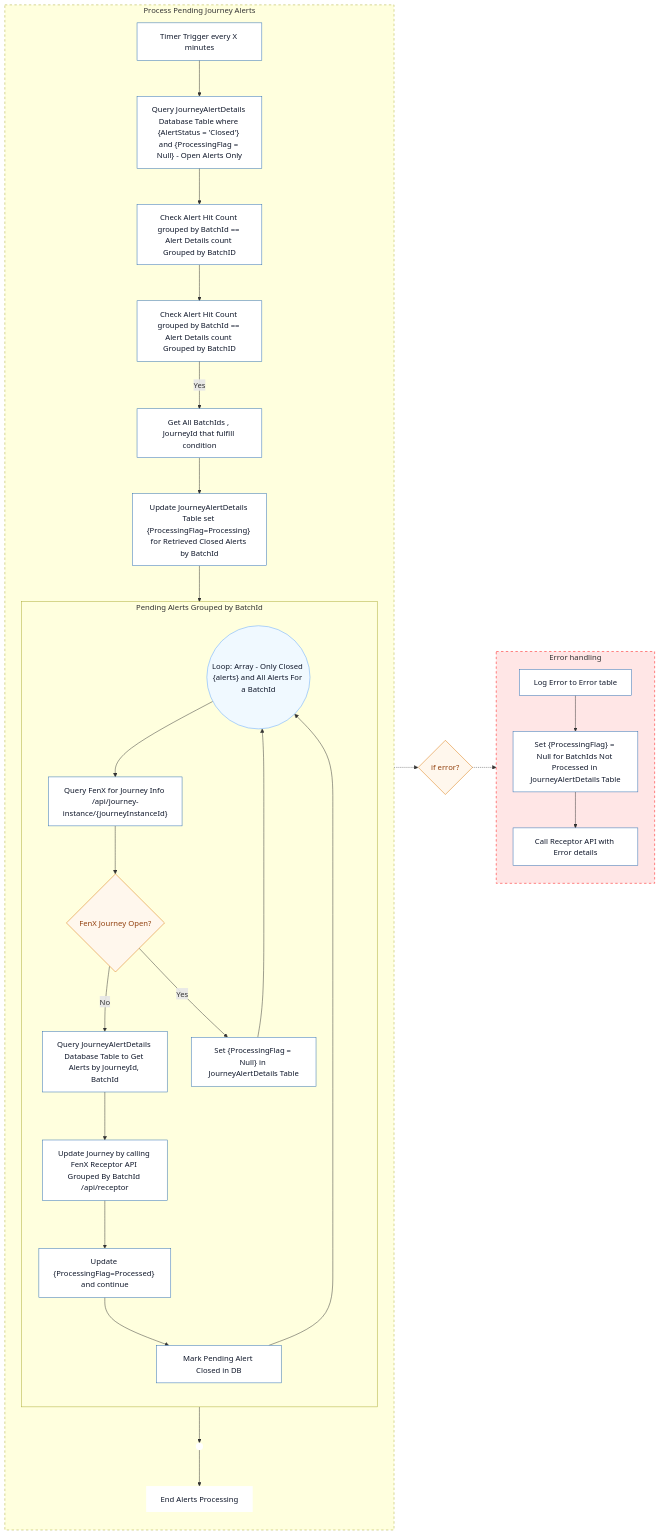
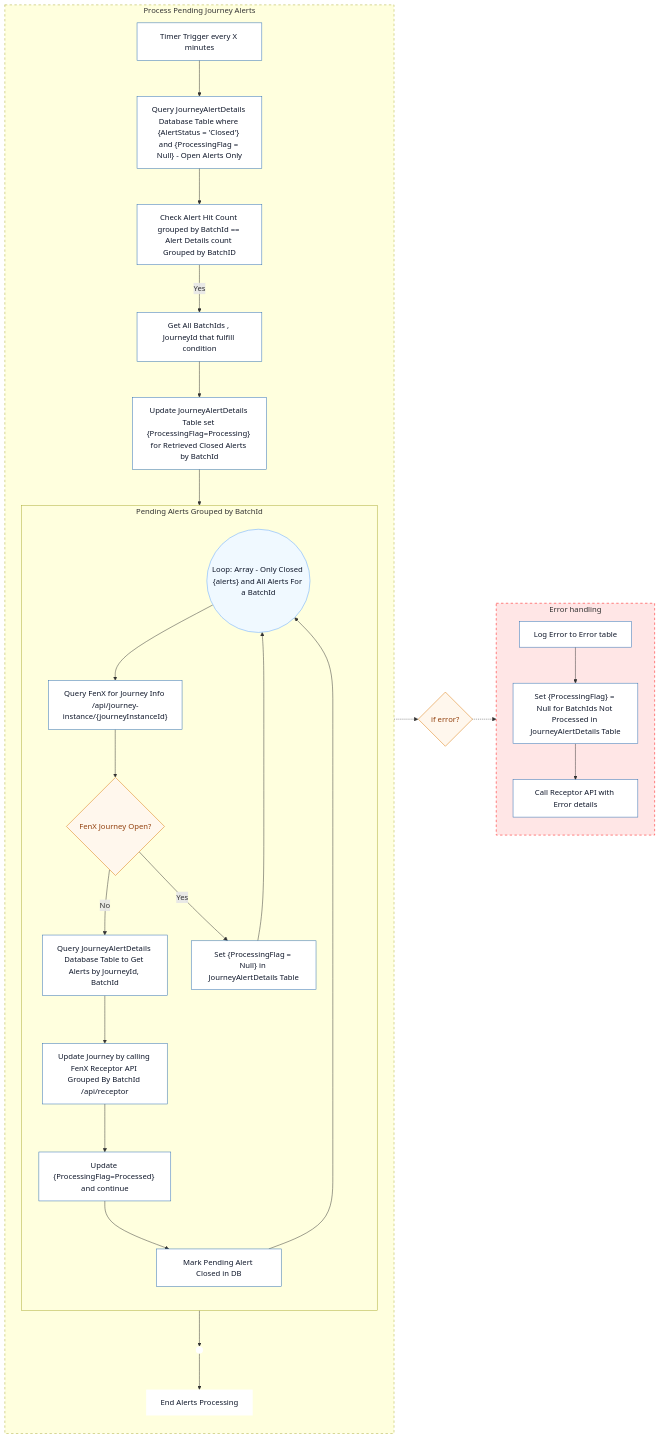
The diagram in Arch_Diagrams/v2/AlertFlow2.mmd (jojokoshy/Architecture_Diagrams_Python_AI), drawn with Mermaid before and after one commit.

Commit message:
Fix flowchart: remove redundant step in alert processing sequence

```diff
--- a/Arch_Diagrams/v2/AlertFlow2.mmd
+++ b/Arch_Diagrams/v2/AlertFlow2.mmd
@@ -1,54 +1,54 @@
 %%{init: {"theme":"default","themeVariables": {"background":"#ffffff","fontSize":"14"}}}%%
 flowchart LR
 classDef step fill:#ffffff,stroke:#2b6cb0,color:#0f172a,stroke-width:1px;
 classDef decision fill:#fff7ed,stroke:#d97706,color:#92400e,stroke-width:1px;
 classDef loop fill:#f0f9ff,stroke:#60a5fa,color:#0f172a,stroke-width:1px;
 classDef footer fill:#ffffff,stroke:none,color:#0f172a;
 
 %% Pending Alerts Flow
 subgraph MainFlow ["Process Pending Journey Alerts"]
 	direction TB 
 	A1["Timer Trigger every X minutes"]:::step
 	A1 --> A2["Query JourneyAlertDetails Database Table where {AlertStatus = 'Closed'} and {ProcessingFlag = Null} - Open Alerts Only"]:::step
-	A2 --> A3["Check Alert Hit Count grouped by BatchId == Alert Details count Grouped by BatchID"]:::step
-	A3 -->AlertCheckCondition["Check Alert Hit Count grouped by BatchId == Alert Details count Grouped by BatchID"]:::step
+	A2 --> AlertCheckCondition["Check Alert Hit Count grouped by BatchId == Alert Details count Grouped by BatchID"]:::step
+	%% A3 -->AlertCheckCondition["Check Alert Hit Count grouped by BatchId == Alert Details count Grouped by BatchID"]:::step
 	AlertCheckCondition -->|Yes| A4["Get All BatchIds , JourneyId that fulfill condition"]:::step 
 	A4 --> UpdateAlerts["Update JourneyAlertDetails Table set {ProcessingFlag=Processing} for Retrieved Closed Alerts by BatchId"]:::step
 		
 	UpdateAlerts --> LoopStart(("Loop: Array - Only Closed {alerts} and All Alerts For a BatchId")):::loop
 	%%A2 --> LoopStart((Loop: Pending Alerts)):::loop
 
 	subgraph PendingLoop [Pending Alerts Grouped by BatchId]
 		direction TB
 		LoopStart --> E2["Query FenX for Journey Info /api/journey-instance/{journeyInstanceId}"]:::step
 		E2 --> M{"FenX Journey Open?"}:::decision
 		M -->|No| N0["Query JourneyAlertDetails Database Table to Get Alerts by JourneyId, BatchId"]:::step
 		M -->|Yes| I["Set {ProcessingFlag = Null} in JourneyAlertDetails Table  "]:::step
 		I --> LoopStart
 		N0 --> N1["Update Journey by calling FenX Receptor API Grouped By BatchId /api/receptor"]:::step
 		N1 --> N2["Update {ProcessingFlag=Processed} and continue"]:::step
 		N2 --> N3["Mark Pending Alert Closed in DB"]:::step
 		N3 --> LoopStart
 	end
 	PendingLoop --> BottomAnchor((" "))
 	BottomAnchor --> O["End Alerts Processing"]:::footer
 	class BottomAnchor footer
 end
 style MainFlow stroke-dasharray: 5 5
 
 %% Decision between main and error blocks
 IfError{"if error?"}:::decision
 
 %% Error handling block to the right
 subgraph ErrorHandler ["Error handling"]
   direction TB
   EH1["Log Error to Error table"]:::step
   EH2["Set {ProcessingFlag} = Null for BatchIds Not Processed in JourneyAlertDetails Table"]:::step
   EH3["Call Receptor API with Error details"]:::step
   
   EH1 --> EH2 --> EH3
 end
 
 style ErrorHandler fill:#ffe6e6,stroke:#ff0000,stroke-dasharray: 5 5
 MainFlow -.-> IfError
 IfError -.-> ErrorHandler
```
